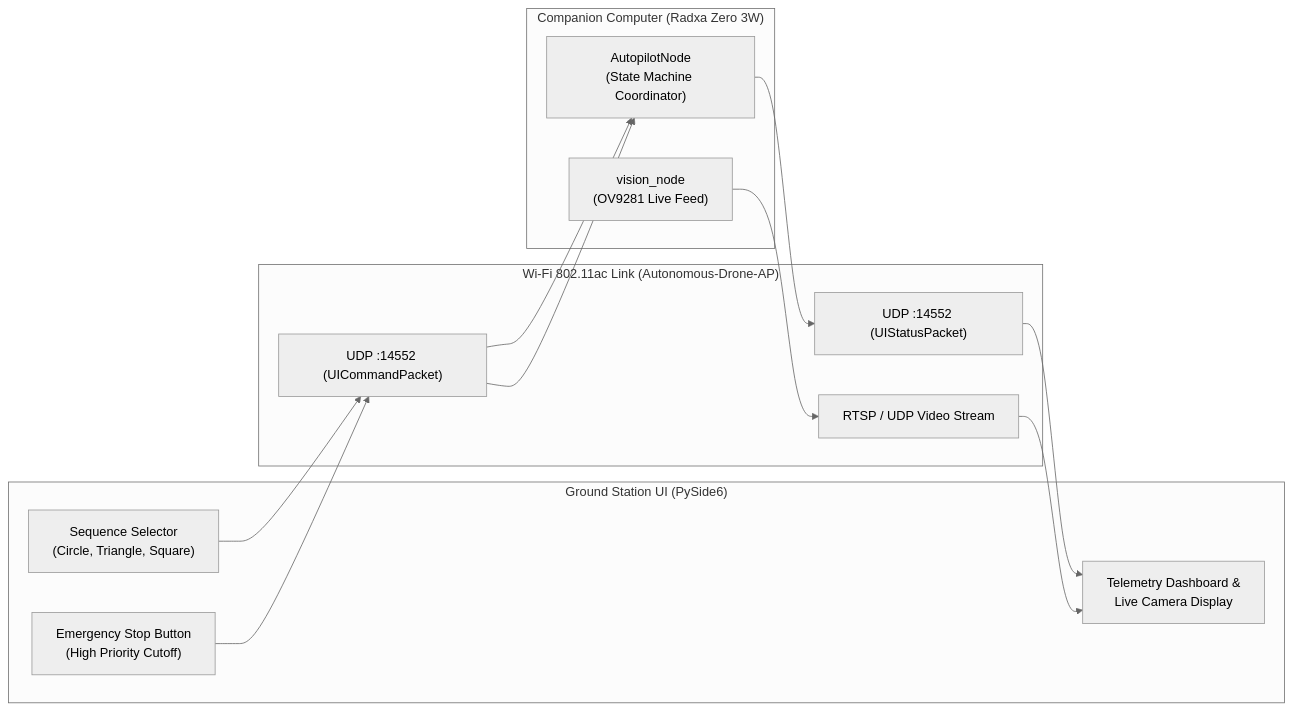
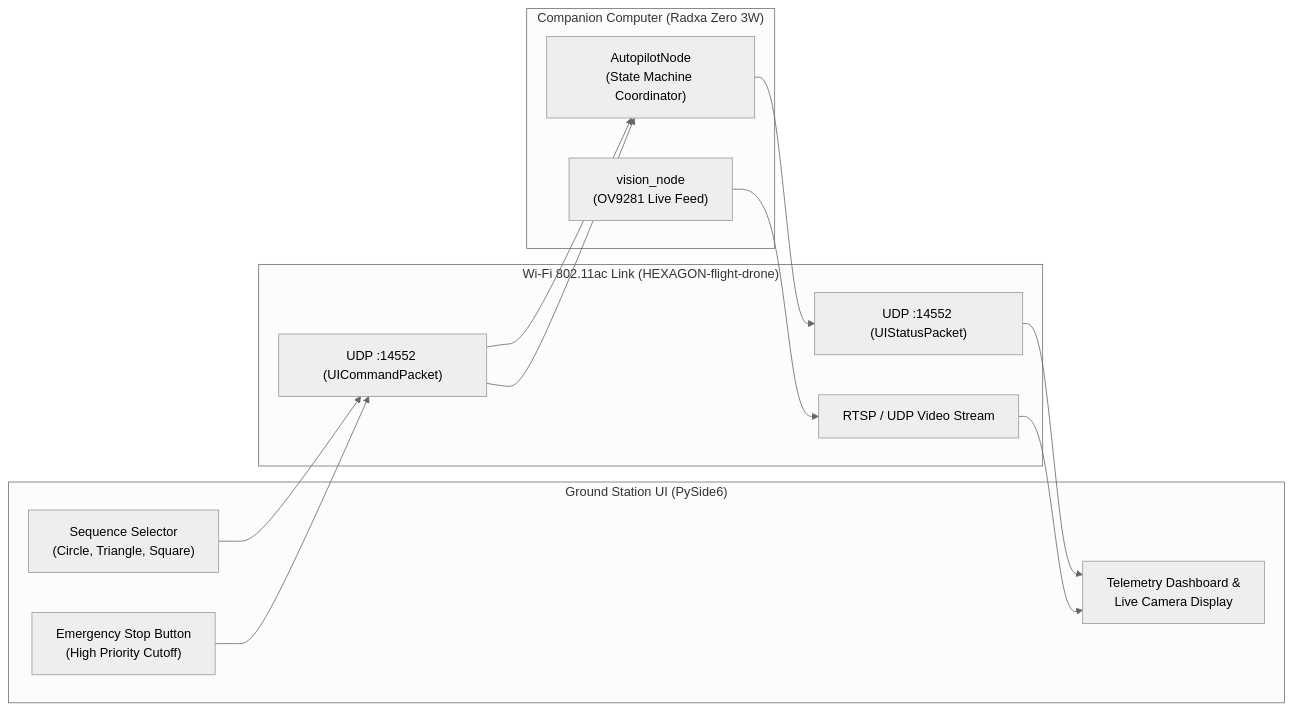
The diagram in ui/README.md (rylanmoseley/autonomous-drone), drawn with Mermaid (neutral theme) before and after one commit. The commit also changed other lines of this file and 11 other files, not shown here.

Commit message:
feat(os): configure WiFi AP SSID HEXAGON-flight-drone, add MAVLink router proxy service and documentation

````diff
--- a/ui/README.md
+++ b/ui/README.md
@@ -32,24 +32,24 @@
 ```mermaid
 flowchart LR
     subgraph UI_App ["Ground Station UI (PySide6)"]
         SEQ["Sequence Selector\n(Circle, Triangle, Square)"]
         DISP["Telemetry Dashboard &\nLive Camera Display"]
         ESTOP["Emergency Stop Button\n(High Priority Cutoff)"]
     end
 
-    subgraph Network ["Wi-Fi 802.11ac Link (Autonomous-Drone-AP)"]
+    subgraph Network ["Wi-Fi 802.11ac Link (HEXAGON-flight-drone)"]
         UDP_CMD["UDP :14552 (UICommandPacket)"]
         UDP_STAT["UDP :14552 (UIStatusPacket)"]
         VID_STREAM["RTSP / UDP Video Stream"]
     end
 
     subgraph SBC ["Companion Computer (Radxa Zero 3W)"]
         AN["AutopilotNode\n(State Machine Coordinator)"]
         CAM["vision_node\n(OV9281 Live Feed)"]
     end
 
     SEQ --> UDP_CMD --> AN
     ESTOP --> UDP_CMD --> AN
     AN --> UDP_STAT --> DISP
     CAM --> VID_STREAM --> DISP
 ```
````
